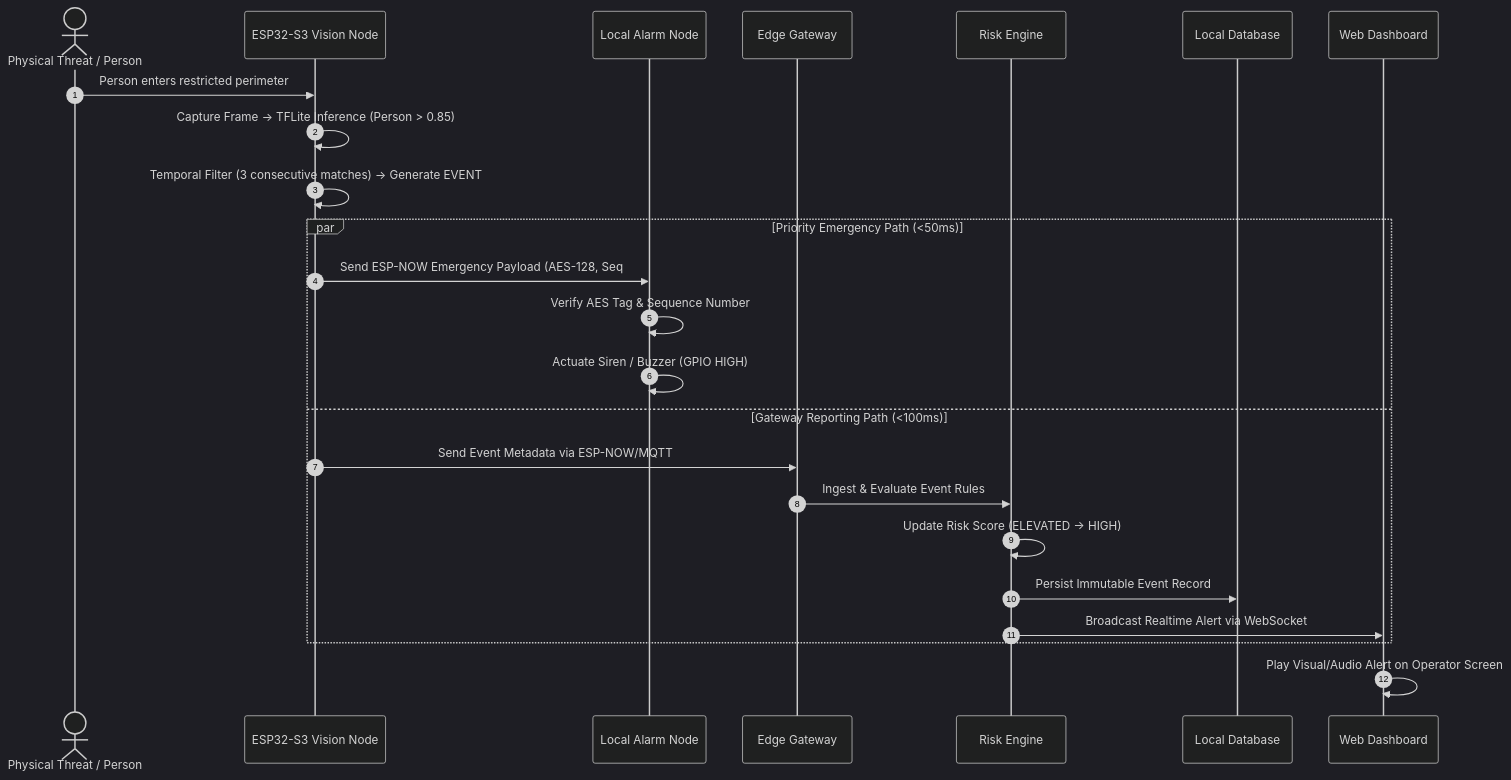
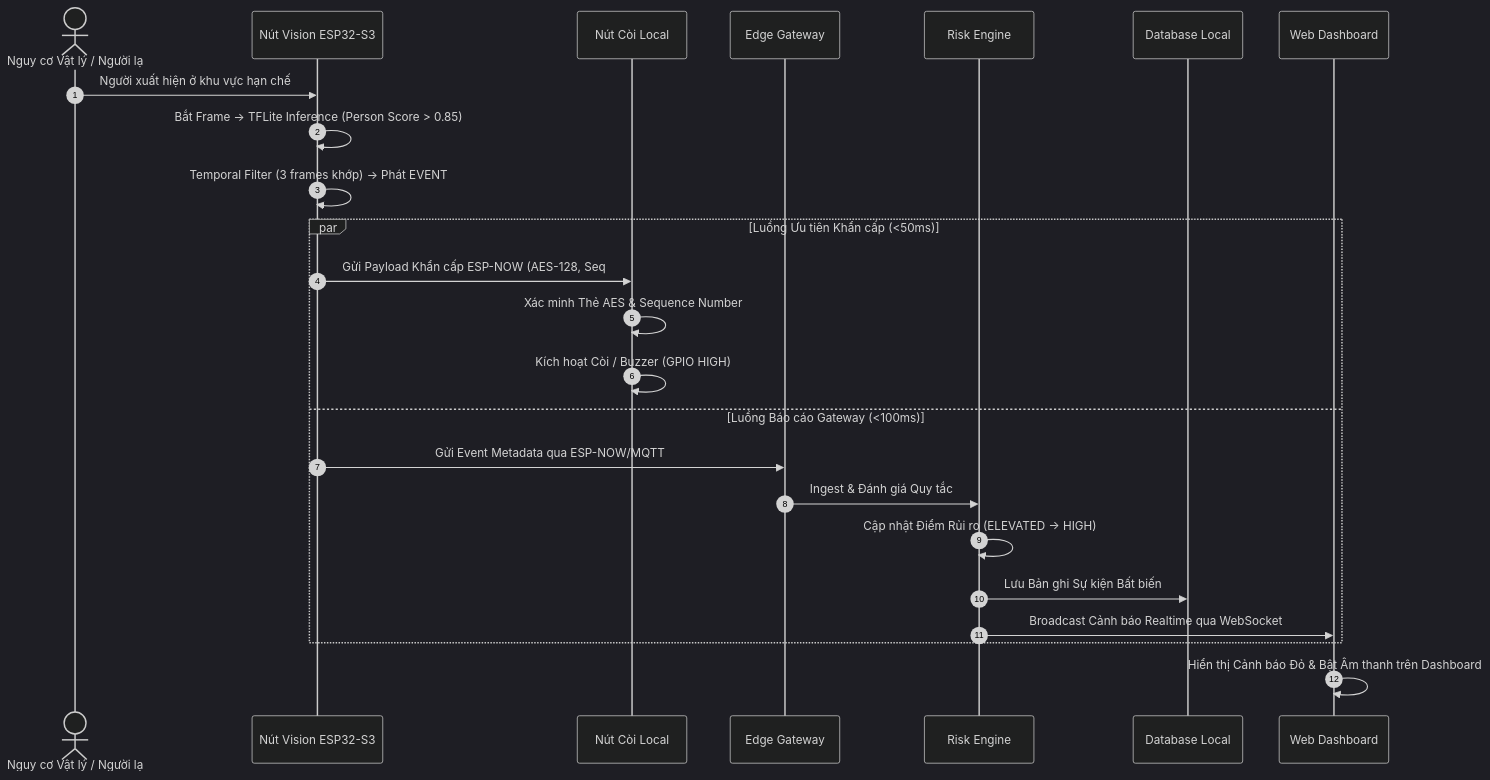
The third of 3 diagrams in docs/03-system-architecture.md (Eddy-hoang/SAM), drawn with Mermaid (dark theme) before and after one commit. The commit also changed other lines of this file and 34 other files, not shown here.

````diff
--- a/docs/03-system-architecture.md
+++ b/docs/03-system-architecture.md
@@ -103,29 +103,29 @@
 ```mermaid
 sequenceDiagram
     autonumber
-    actor Hazard as Physical Threat / Person
-    participant ESP32CAM as ESP32-S3 Vision Node
-    participant AlarmNode as Local Alarm Node
+    actor Hazard as Nguy cơ Vật lý / Người lạ
+    participant ESP32CAM as Nút Vision ESP32-S3
+    participant AlarmNode as Nút Còi Local
     participant Gateway as Edge Gateway
     participant RiskEng as Risk Engine
-    participant DB as Local Database
+    participant DB as Database Local
     participant UI as Web Dashboard
 
-    Hazard->>ESP32CAM: Person enters restricted perimeter
-    ESP32CAM->>ESP32CAM: Capture Frame -> TFLite Inference (Person > 0.85)
-    ESP32CAM->>ESP32CAM: Temporal Filter (3 consecutive matches) -> Generate EVENT
+    Hazard->>ESP32CAM: Người xuất hiện ở khu vực hạn chế
+    ESP32CAM->>ESP32CAM: Bắt Frame -> TFLite Inference (Person Score > 0.85)
+    ESP32CAM->>ESP32CAM: Temporal Filter (3 frames khớp) -> Phát EVENT
     
-    par Priority Emergency Path (<50ms)
-        ESP32CAM->>AlarmNode: Send ESP-NOW Emergency Payload (AES-128, Seq# N)
-        AlarmNode->>AlarmNode: Verify AES Tag & Sequence Number
-        AlarmNode->>AlarmNode: Actuate Siren / Buzzer (GPIO HIGH)
-    and Gateway Reporting Path (<100ms)
-        ESP32CAM->>Gateway: Send Event Metadata via ESP-NOW/MQTT
-        Gateway->>RiskEng: Ingest & Evaluate Event Rules
-        RiskEng->>RiskEng: Update Risk Score (ELEVATED -> HIGH)
-        RiskEng->>DB: Persist Immutable Event Record
-        RiskEng->>UI: Broadcast Realtime Alert via WebSocket
+    par Luồng Ưu tiên Khẩn cấp (<50ms)
+        ESP32CAM->>AlarmNode: Gửi Payload Khẩn cấp ESP-NOW (AES-128, Seq# N)
+        AlarmNode->>AlarmNode: Xác minh Thẻ AES & Sequence Number
+        AlarmNode->>AlarmNode: Kích hoạt Còi / Buzzer (GPIO HIGH)
+    and Luồng Báo cáo Gateway (<100ms)
+        ESP32CAM->>Gateway: Gửi Event Metadata qua ESP-NOW/MQTT
+        Gateway->>RiskEng: Ingest & Đánh giá Quy tắc
+        RiskEng->>RiskEng: Cập nhật Điểm Rủi ro (ELEVATED -> HIGH)
+        RiskEng->>DB: Lưu Bản ghi Sự kiện Bất biến
+        RiskEng->>UI: Broadcast Cảnh báo Realtime qua WebSocket
     end
     
-    UI->>UI: Play Visual/Audio Alert on Operator Screen
+    UI->>UI: Hiển thị Cảnh báo Đỏ & Bật Âm thanh trên Dashboard
 ```
````
